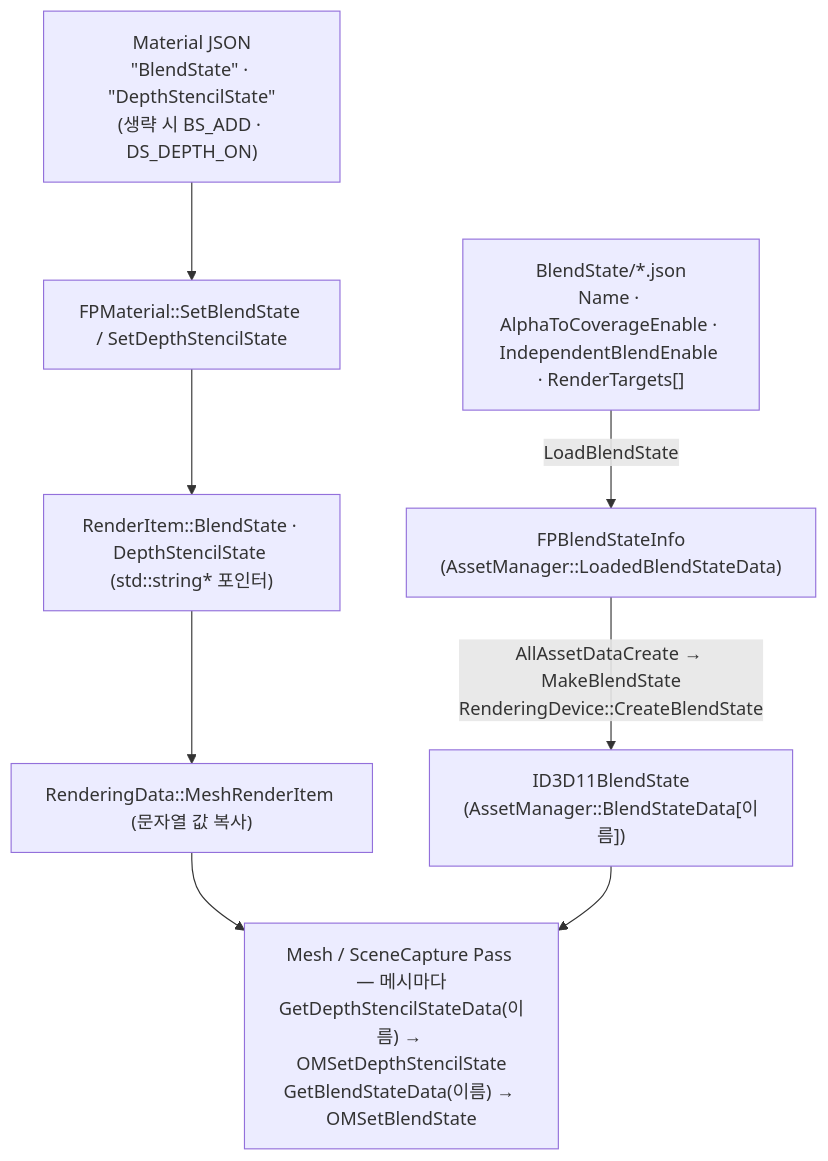
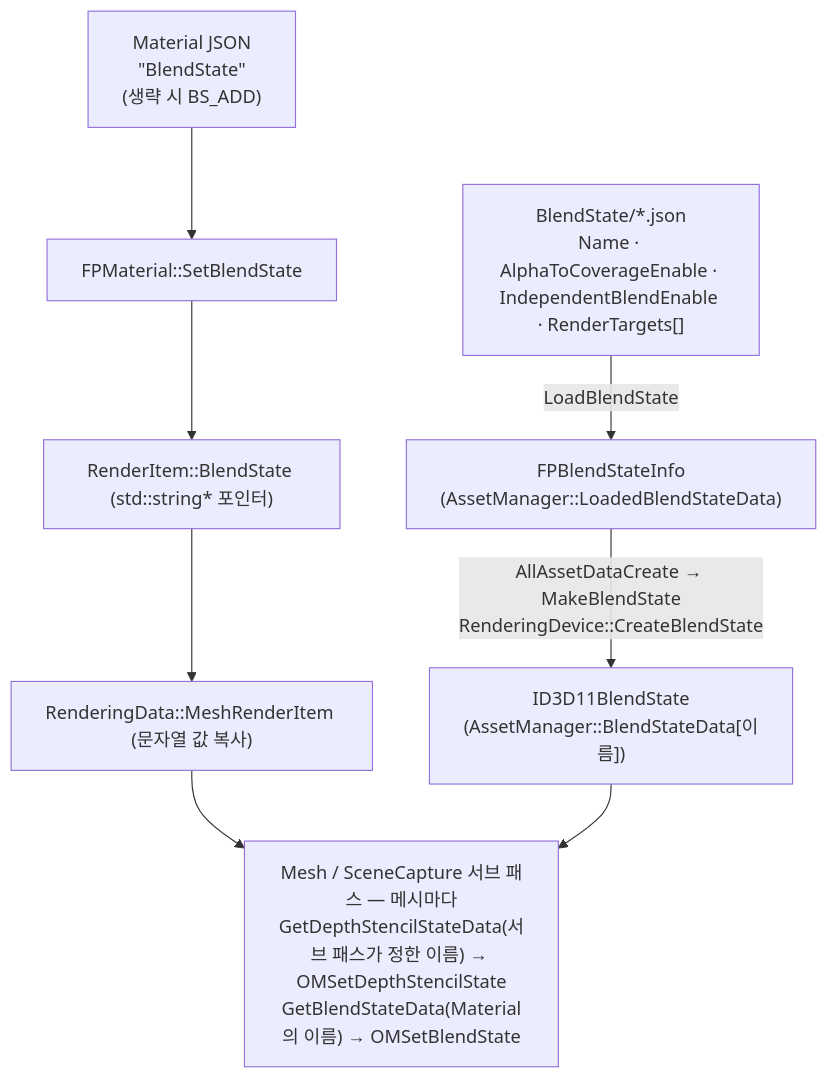
The seventh of 26 diagrams in README.md (Gat-Young/ForestPearlEngine), drawn with Mermaid before and after one commit. The commit also changed other lines of this file, not shown here.

````diff
--- a/README.md
+++ b/README.md
@@ -735,10 +736,10 @@
 ```mermaid
 flowchart TD
     BJ["BlendState/*.json<br/>Name · AlphaToCoverageEnable · IndependentBlendEnable · RenderTargets[]"] -->|"LoadBlendState"| BI["FPBlendStateInfo<br/>(AssetManager::LoadedBlendStateData)"]
     BI -->|"AllAssetDataCreate → MakeBlendState<br/>RenderingDevice::CreateBlendState"| BD["ID3D11BlendState<br/>(AssetManager::BlendStateData[이름])"]
-    MJ["Material JSON<br/>&quot;BlendState&quot; · &quot;DepthStencilState&quot;<br/>(생략 시 BS_ADD · DS_DEPTH_ON)"] --> FM["FPMaterial::SetBlendState / SetDepthStencilState"]
-    FM --> RI["RenderItem::BlendState · DepthStencilState (std::string* 포인터)"]
+    MJ["Material JSON<br/>&quot;BlendState&quot;<br/>(생략 시 BS_ADD)"] --> FM["FPMaterial::SetBlendState"]
+    FM --> RI["RenderItem::BlendState (std::string* 포인터)"]
     RI --> MR["RenderingData::MeshRenderItem (문자열 값 복사)"]
-    MR --> P["Mesh / SceneCapture Pass — 메시마다<br/>GetDepthStencilStateData(이름) → OMSetDepthStencilState<br/>GetBlendStateData(이름) → OMSetBlendState"]
+    MR --> P["Mesh / SceneCapture 서브 패스 — 메시마다<br/>GetDepthStencilStateData(서브 패스가 정한 이름) → OMSetDepthStencilState<br/>GetBlendStateData(Material의 이름) → OMSetBlendState"]
     BD --> P
 ```
````
